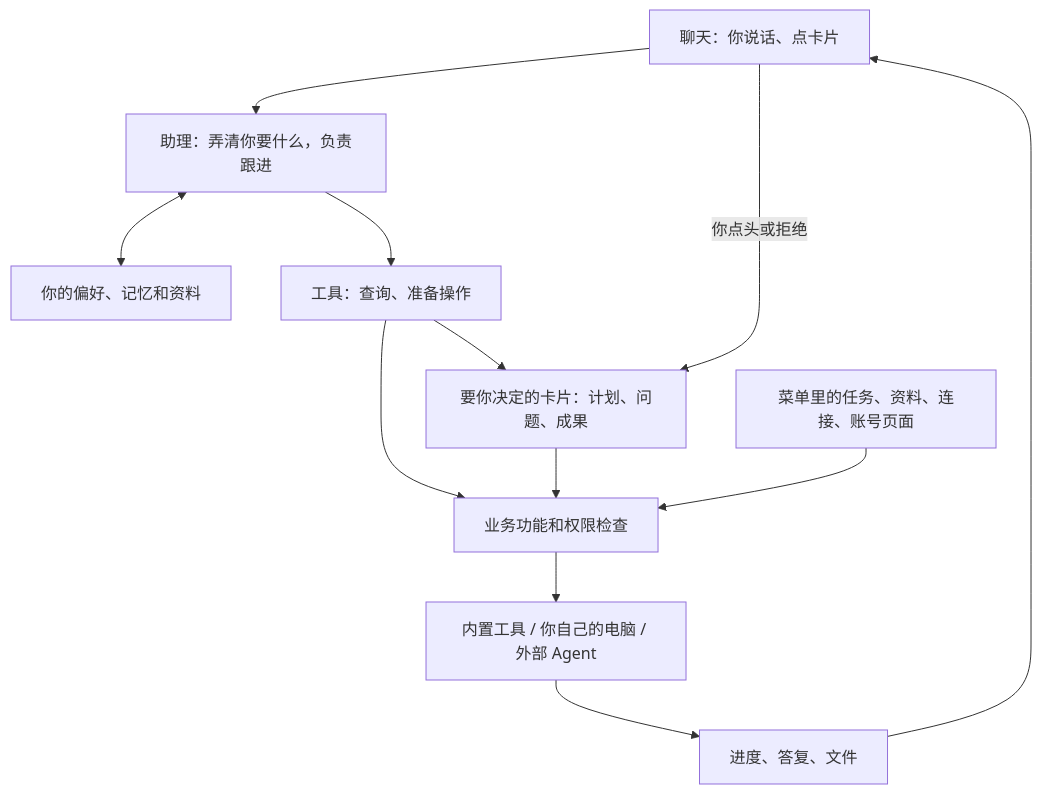
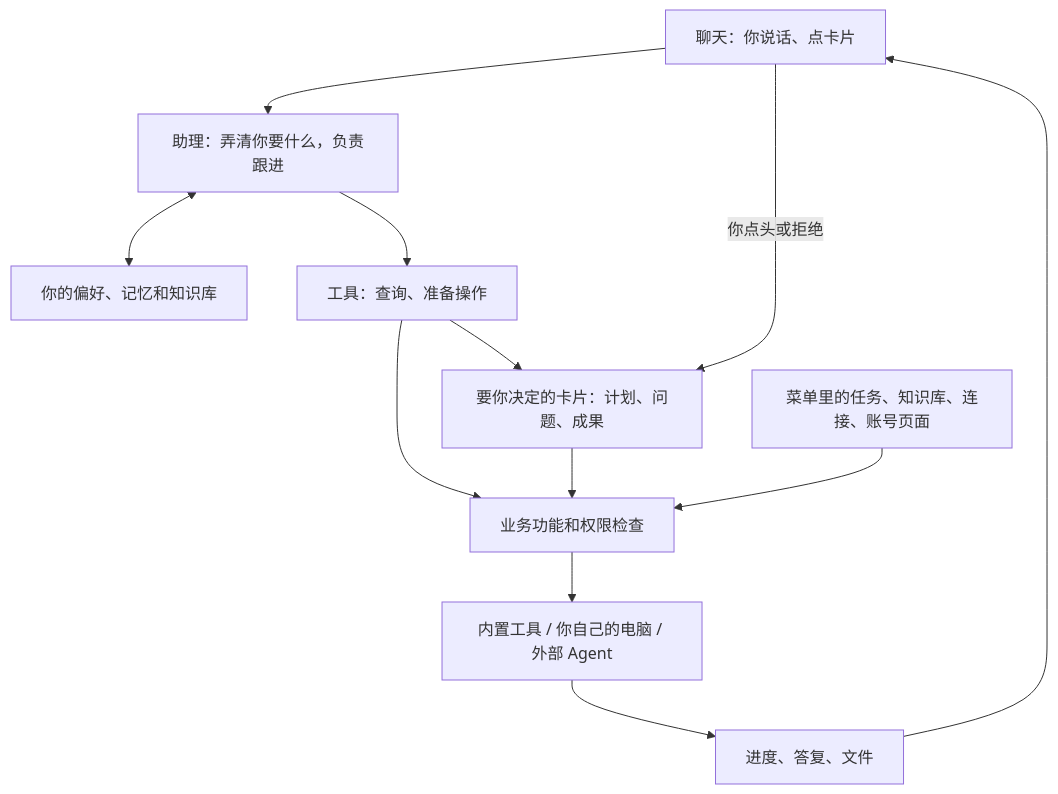
The diagram in README.md (zypgo/personal-agent), drawn with Mermaid before and after one commit. The commit also changed other lines of this file and 88 other files, not shown here.

````diff
--- a/README.md
+++ b/README.md
@@ -52,14 +55,14 @@
 ```mermaid
 flowchart TB
     CHAT["聊天：你说话、点卡片"] --> AGENT["助理：弄清你要什么，负责跟进"]
-    AGENT <--> MEMORY["你的偏好、记忆和资料"]
+    AGENT <--> MEMORY["你的偏好、记忆和知识库"]
     AGENT --> TOOLS["工具：查询、准备操作"]
     TOOLS --> BUSINESS["业务功能和权限检查"]
     TOOLS --> CARDS["要你决定的卡片：计划、问题、成果"]
     CHAT -->|"你点头或拒绝"| CARDS
     CARDS --> BUSINESS
-    DRAWER["菜单里的任务、资料、连接、账号页面"] --> BUSINESS
+    DRAWER["菜单里的任务、知识库、连接、账号页面"] --> BUSINESS
     BUSINESS --> EXECUTION["内置工具 / 你自己的电脑 / 外部 Agent"]
     EXECUTION --> RESULTS["进度、答复、文件"]
     RESULTS --> CHAT
 ```
````
